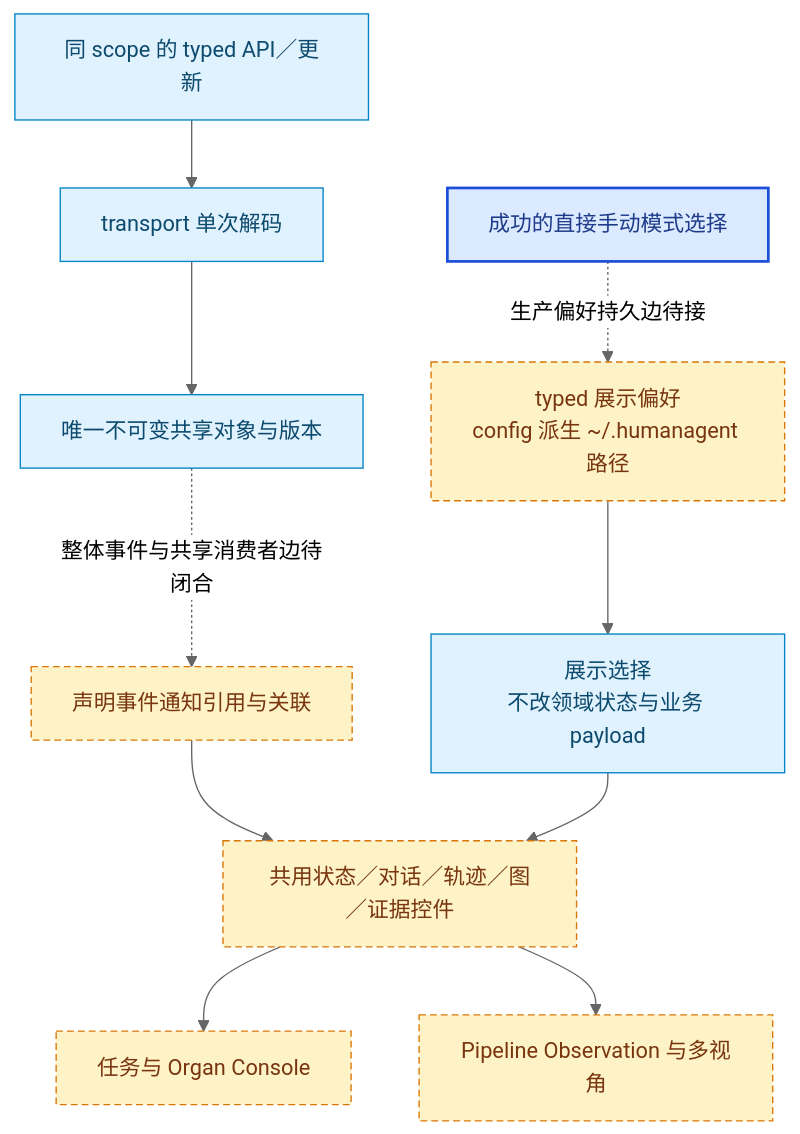
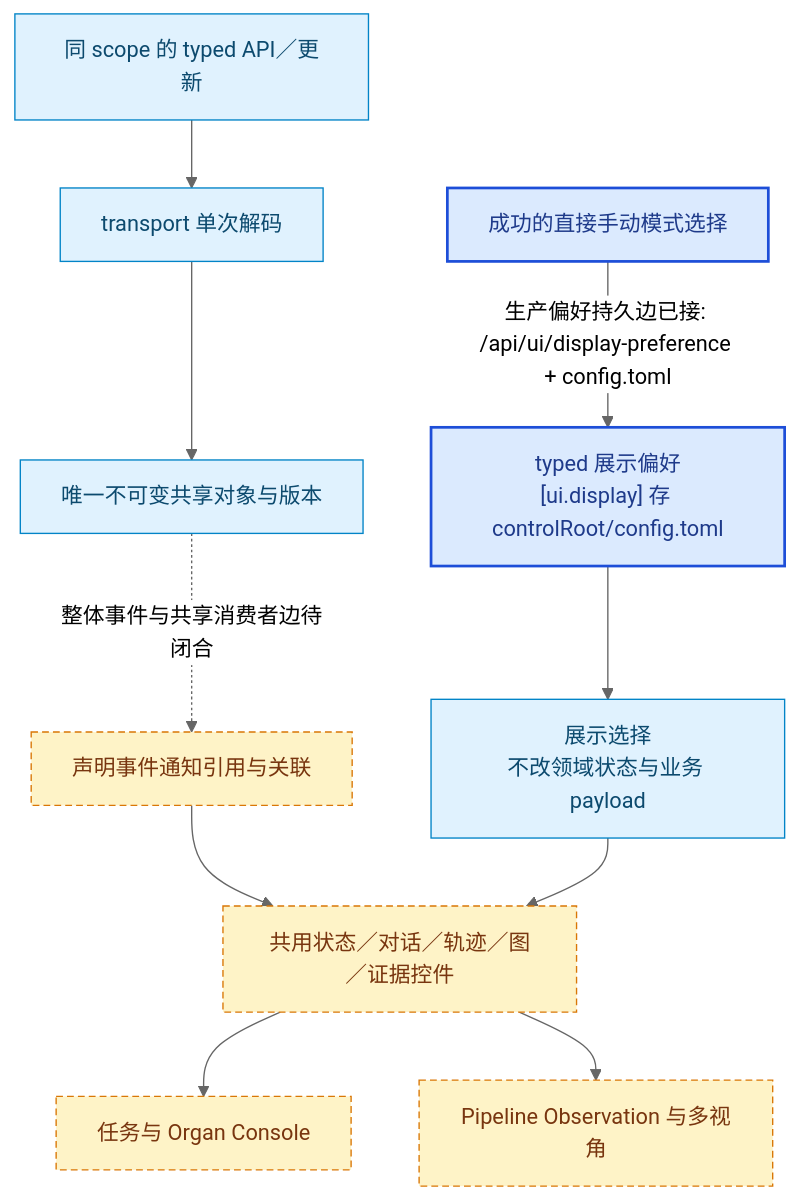
The diagram in docs/dagpipe/ux-upgrade-audit-2026-10-11/12.mmd (Jasonzhangf/HumanAgents), drawn with Mermaid (neutral theme) before and after one commit. The commit also changed 6 other files, not shown here.

```diff
--- a/docs/dagpipe/ux-upgrade-audit-2026-10-11/12.mmd
+++ b/docs/dagpipe/ux-upgrade-audit-2026-10-11/12.mmd
@@ -1,23 +1,23 @@
 flowchart TB
  I[同 scope 的 typed API／更新]:::derived
  T[transport 单次解码]:::derived
  R[唯一不可变共享对象与版本]:::derived
  E[声明事件通知引用与关联]:::design
  W[共用状态／对话／轨迹／图／证据控件]:::design
  A[任务与 Organ Console]:::design
  B[Pipeline Observation 与多视角]:::design
  I --> T --> R
  R -.->|整体事件与共享消费者边待闭合| E --> W
  W --> A
  W --> B
  M[成功的直接手动模式选择]:::truth
- P[typed 展示偏好<br/>config 派生 ~/.humanagent 路径]:::design
+ P["typed 展示偏好<br/>[ui.display] 存 controlRoot/config.toml"]:::truth
  V[展示选择<br/>不改领域状态与业务 payload]:::derived
- M -.->|生产偏好持久边待接| P --> V
+ M -->|生产偏好持久边已接: /api/ui/display-preference + config.toml| P --> V
  V --> W
 
 classDef truth fill:#dbeafe,stroke:#1d4ed8,color:#1e3a8a,stroke-width:2px;
 classDef derived fill:#e0f2fe,stroke:#0284c7,color:#0c4a6e;
 classDef design fill:#fef3c7,stroke:#d97706,color:#78350f,stroke-dasharray:5 3;
 classDef gap fill:#fee2e2,stroke:#dc2626,color:#7f1d1d,stroke-width:2px;
 classDef evidence fill:#f1f5f9,stroke:#64748b,color:#334155;
```
